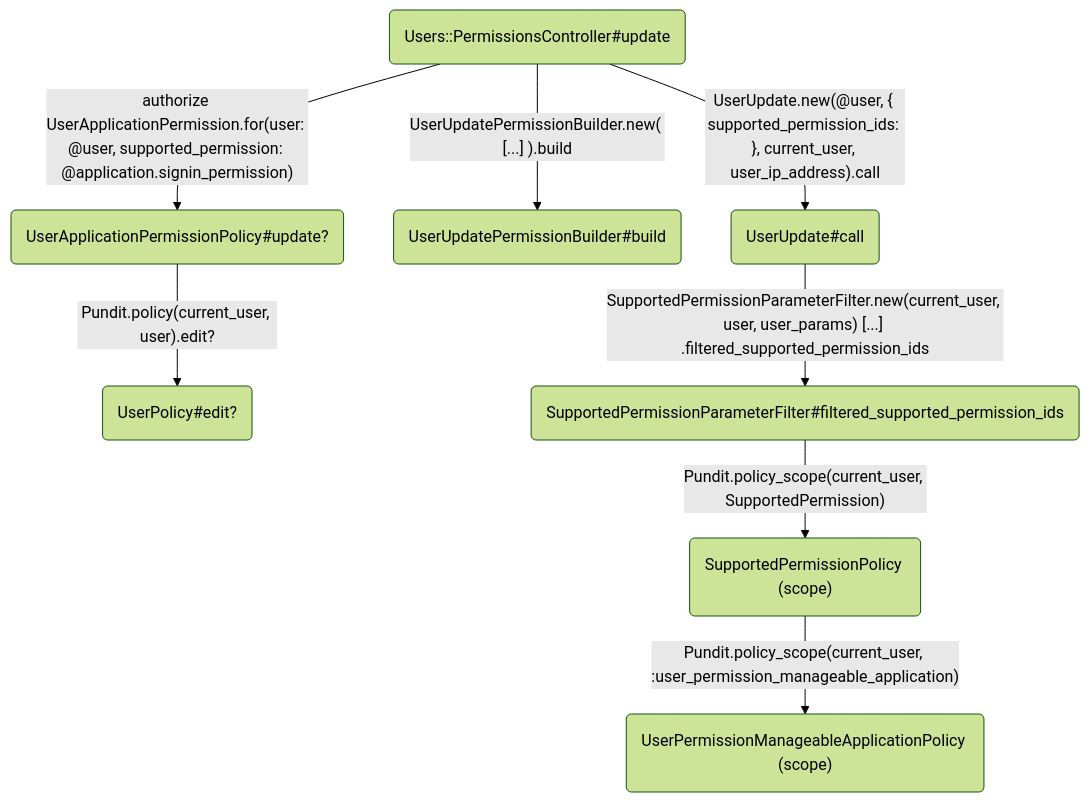
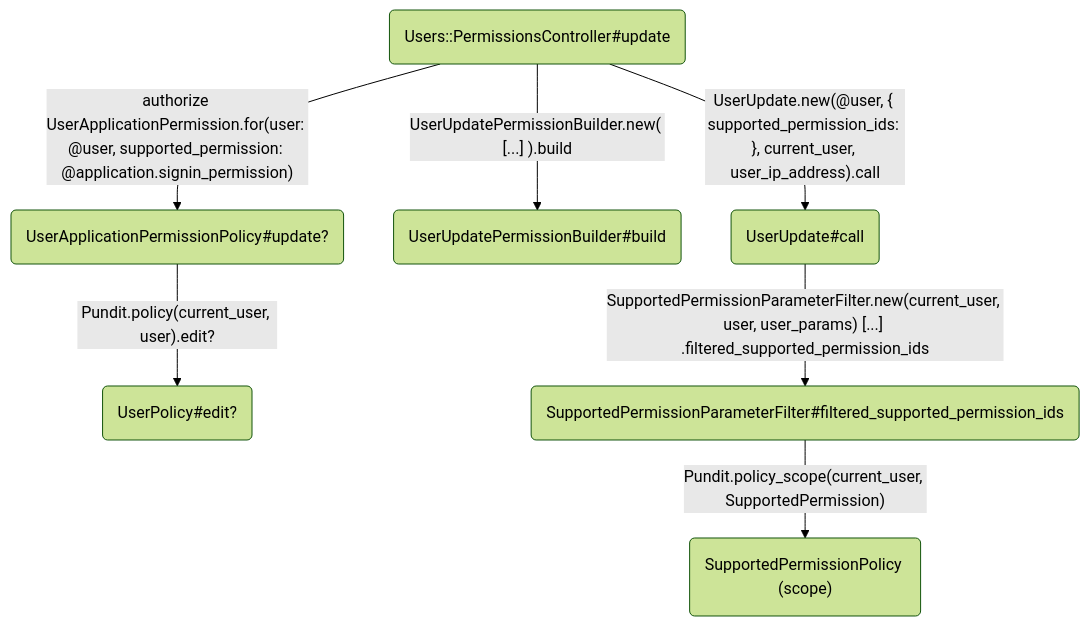
One commit to alphagov/signon changed the tenth of 12 diagrams in docs/access_and_permissions.md. Above: the diagram before and after it, drawn with Mermaid (forest theme). The commit also changed other lines of this file and 5 other files, not shown here.

First line of the commit message:
Remove `UserPermissionManageableApplicationPolicy`

````diff
--- a/docs/access_and_permissions.md
+++ b/docs/access_and_permissions.md
@@ -237,10 +236,9 @@
 ```mermaid
 flowchart TD
     A(Users::PermissionsController#update) --authorize UserApplicationPermission.for(user: @user, supported_permission: @application.signin_permission)--> B(UserApplicationPermissionPolicy#update?)
     B --Pundit.policy(current_user, user).edit?--> C(UserPolicy#edit?)
     A --UserUpdatePermissionBuilder.new( [...] ).build--> D(UserUpdatePermissionBuilder#build)
     A --UserUpdate.new(@user, { supported_permission_ids: }, current_user, user_ip_address).call--> E(UserUpdate#call)
     E --SupportedPermissionParameterFilter.new(current_user, user, user_params) [...] .filtered_supported_permission_ids--> F(SupportedPermissionParameterFilter#filtered_supported_permission_ids)
     F --Pundit.policy_scope(current_user, SupportedPermission)--> G("SupportedPermissionPolicy (scope)")
-    G --Pundit.policy_scope(current_user, :user_permission_manageable_application)--> H("UserPermissionManageableApplicationPolicy (scope)")
 ```
````
